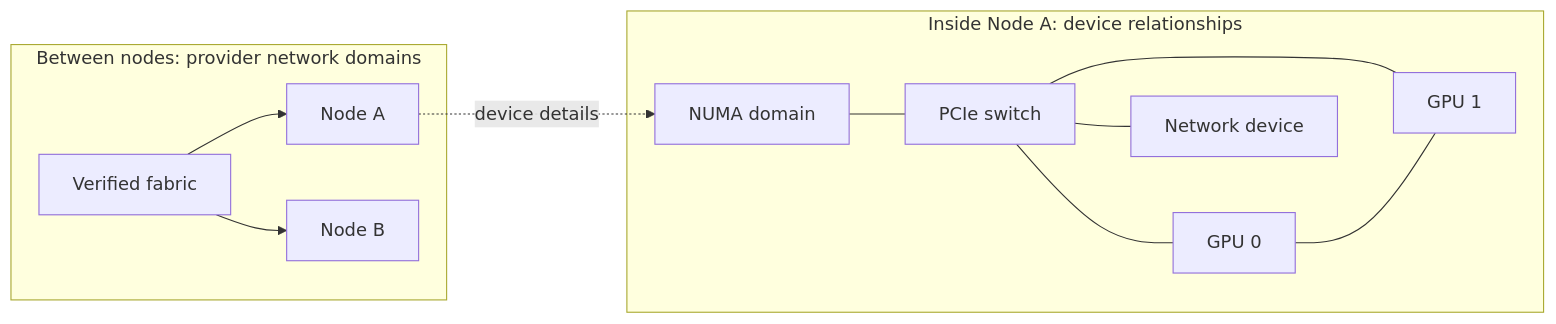
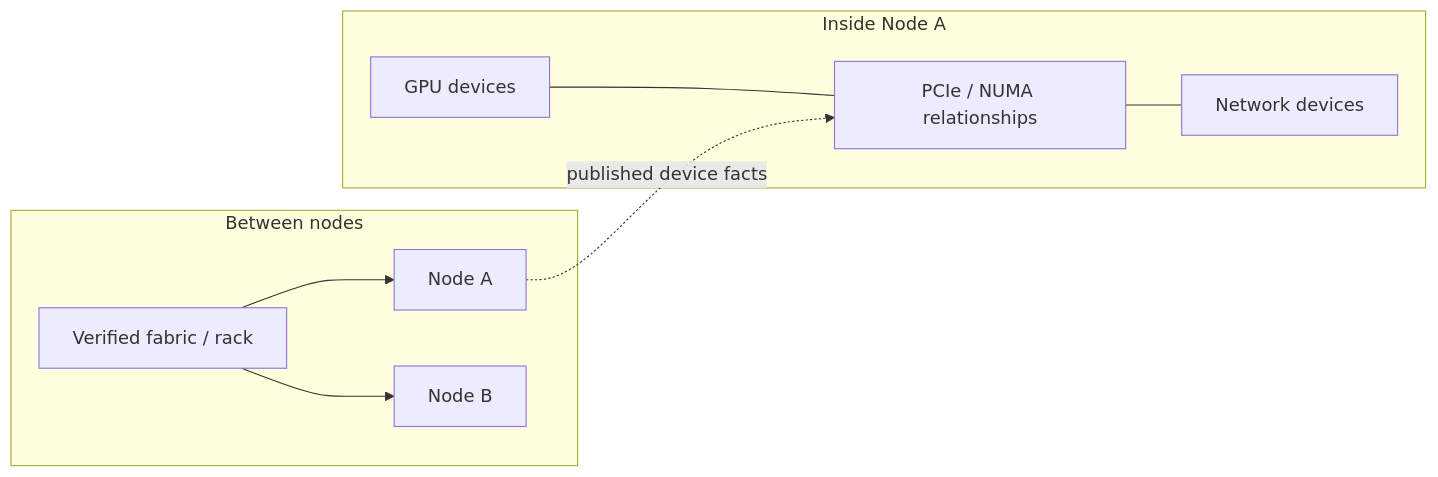
One commit to wsq2333/milos changed the third of 5 diagrams in docs/resource-pools.md. Above: the diagram before and after it, drawn with Mermaid. The commit also changed other lines of this file and 6 other files, not shown here.

````diff
--- a/docs/resource-pools.md
+++ b/docs/resource-pools.md
@@ -128,15 +139,12 @@
 ```mermaid
 flowchart LR
-    subgraph Network["Between nodes: provider network domains"]
-        F["Verified fabric"] --> N1["Node A"]
+    subgraph Network["Between nodes"]
+        F["Verified fabric / rack"] --> N1["Node A"]
         F --> N2["Node B"]
     end
-    subgraph Local["Inside Node A: device relationships"]
-        NUMA["NUMA domain"] --- PCIE["PCIe switch"]
-        PCIE --- G1["GPU 0"]
-        PCIE --- G2["GPU 1"]
-        PCIE --- NIC["Network device"]
-        G1 --- G2
+    subgraph Local["Inside Node A"]
+        G["GPU devices"] --- P["PCIe / NUMA relationships"]
+        P --- NIC["Network devices"]
     end
-    N1 -. "device details" .-> NUMA
+    N1 -. "published device facts" .-> P
 ```
````
